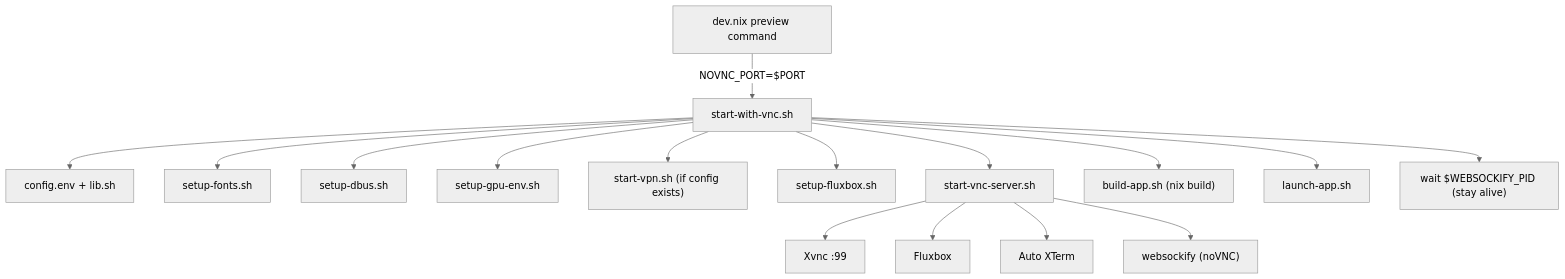
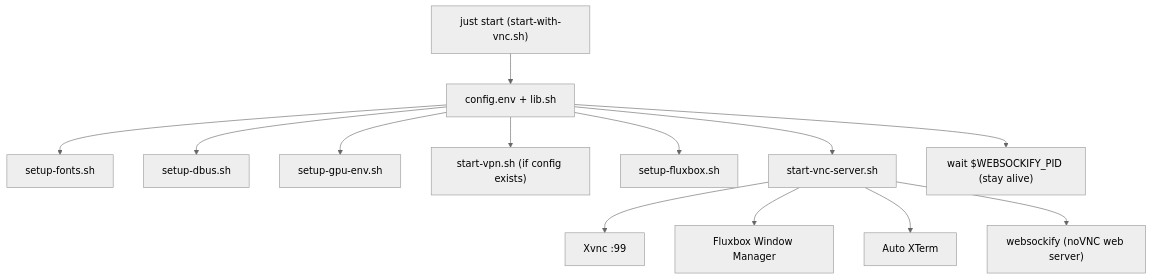
The diagram in explore.md (drunkod/anti-flutter-template), drawn with Mermaid (neutral theme) before and after one commit. The commit also changed other lines of this file and 18 other files, not shown here.

````diff
--- a/explore.md
+++ b/explore.md
@@ -7,18 +7,15 @@
 ```mermaid
 graph TD
-    A["dev.nix preview command"] -->|"NOVNC_PORT=$PORT"| B["start-with-vnc.sh"]
-    B --> C["config.env + lib.sh"]
-    B --> D["setup-fonts.sh"]
-    B --> E["setup-dbus.sh"]
-    B --> F["setup-gpu-env.sh"]
-    B --> G["start-vpn.sh (if config exists)"]
-    B --> H["setup-fluxbox.sh"]
-    B --> I["start-vnc-server.sh"]
-    I --> I1["Xvnc :99"]
-    I --> I2["Fluxbox"]
-    I --> I3["Auto XTerm"]
-    I --> I4["websockify (noVNC)"]
-    B --> J["build-app.sh (nix build)"]
-    B --> K["launch-app.sh"]
-    B --> L["wait $WEBSOCKIFY_PID (stay alive)"]
+    A["just start (start-with-vnc.sh)"] --> B["config.env + lib.sh"]
+    B --> C["setup-fonts.sh"]
+    B --> D["setup-dbus.sh"]
+    B --> E["setup-gpu-env.sh"]
+    B --> F["start-vpn.sh (if config exists)"]
+    B --> G["setup-fluxbox.sh"]
+    B --> H["start-vnc-server.sh"]
+    H --> H1["Xvnc :99"]
+    H --> H2["Fluxbox Window Manager"]
+    H --> H3["Auto XTerm"]
+    H --> H4["websockify (noVNC web server)"]
+    B --> I["wait $WEBSOCKIFY_PID (stay alive)"]
 ```
````
